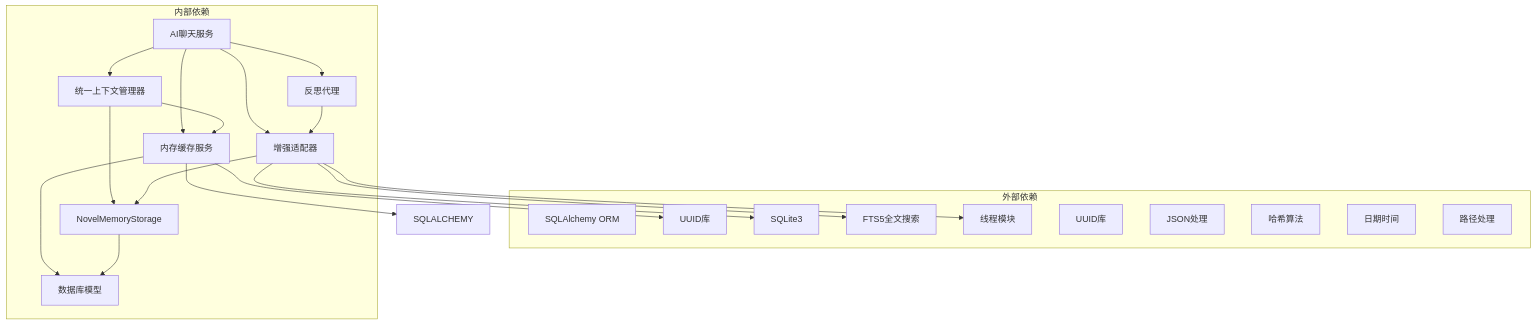
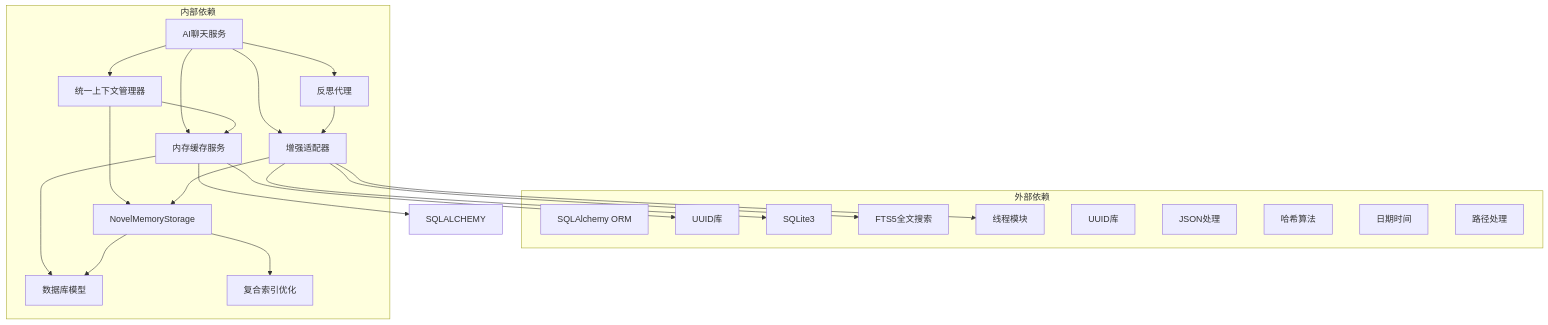
The ninth of 11 diagrams in .qoder/repowiki/zh/content/Memory Service.md (xfbyxq/ai-novel-system), drawn with Mermaid before and after one commit. The commit also changed other lines of this file and 23 other files, not shown here.

````diff
--- a/.qoder/repowiki/zh/content/Memory Service.md
+++ b/.qoder/repowiki/zh/content/Memory Service.md
@@ -416,39 +424,41 @@
 ```mermaid
 graph TB
 subgraph "外部依赖"
 SQLAlchemy[SQLAlchemy ORM]
 UUID[UUID库]
 SQLite[SQLite3]
 FTS5[FTS5全文搜索]
 threading[线程模块]
 uuid[UUID库]
 json[JSON处理]
 hashlib[哈希算法]
 datetime[日期时间]
 pathlib[路径处理]
 end
 subgraph "内部依赖"
 AI_CHAT_SERVICE[AI聊天服务]
 REFLECTION_AGENT[反思代理]
 DATABASE_MODELS[数据库模型]
 MEMORY_SERVICE[内存缓存服务]
 PERSISTENT_ADAPTER[增强适配器]
 UNIFIED_CONTEXT[统一上下文管理器]
 NOVEL_MEMORY_STORAGE[NovelMemoryStorage]
+COMPOSITE_INDEXES[复合索引优化]
 end
 AI_CHAT_SERVICE --> MEMORY_SERVICE
 AI_CHAT_SERVICE --> PERSISTENT_ADAPTER
 AI_CHAT_SERVICE --> REFLECTION_AGENT
 AI_CHAT_SERVICE --> UNIFIED_CONTEXT
 UNIFIED_CONTEXT --> MEMORY_SERVICE
 UNIFIED_CONTEXT --> NOVEL_MEMORY_STORAGE
 REFLECTION_AGENT --> PERSISTENT_ADAPTER
 MEMORY_SERVICE --> DATABASE_MODELS
 PERSISTENT_ADAPTER --> NOVEL_MEMORY_STORAGE
 NOVEL_MEMORY_STORAGE --> DATABASE_MODELS
+NOVEL_MEMORY_STORAGE --> COMPOSITE_INDEXES
 MEMORY_SERVICE --> UUID
 MEMORY_SERVICE --> SQLALCHEMY
 PERSISTENT_ADAPTER --> SQLite
 PERSISTENT_ADAPTER --> FTS5
 PERSISTENT_ADAPTER --> threading
 ```
````
